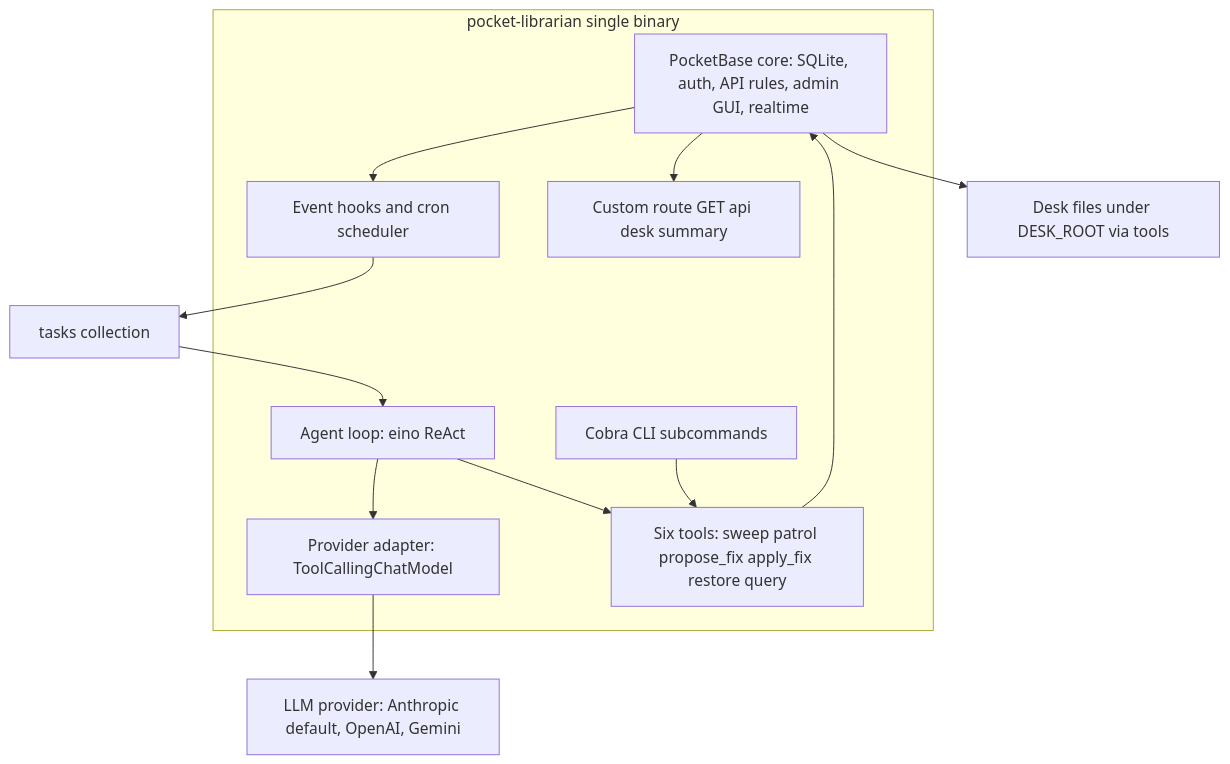
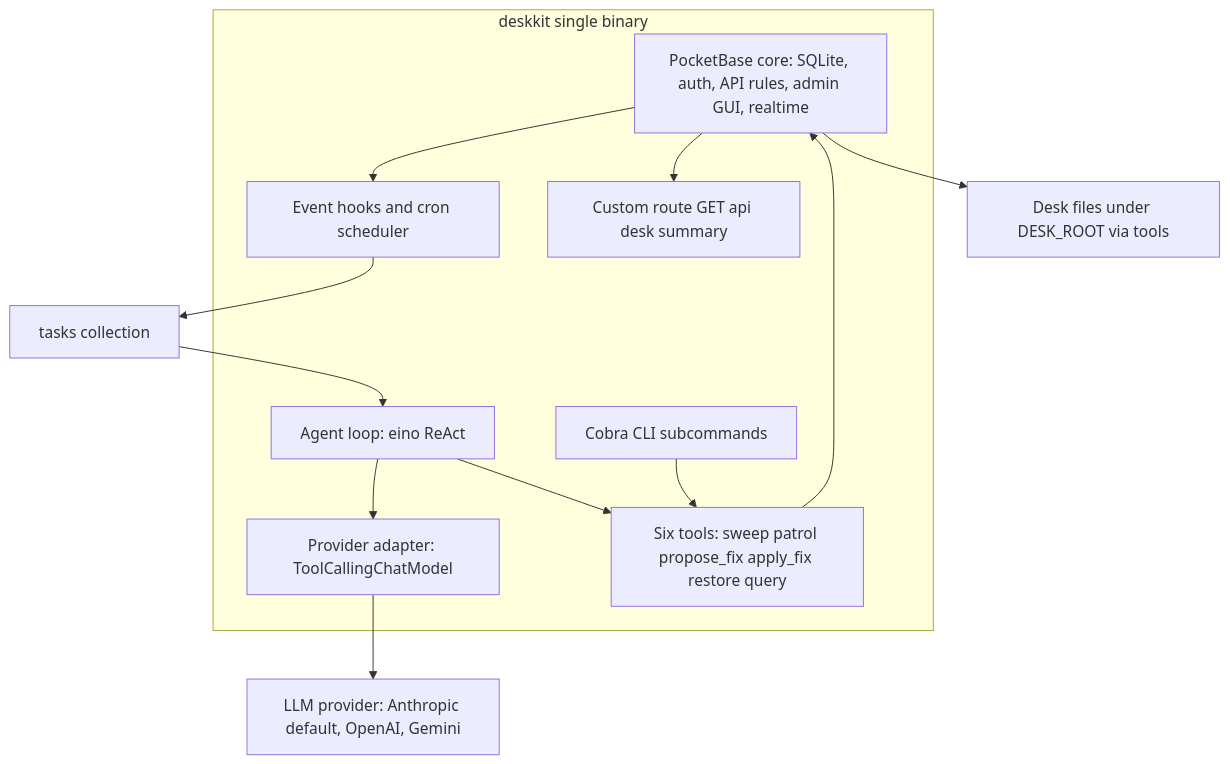
One commit to hsb3/deskkit changed the first of 2 diagrams in docs/pocket-librarian-v1-spec.md. Above: the diagram before and after it, drawn with Mermaid. The commit also changed other lines of this file and 3 other files, not shown here.

````diff
--- a/docs/pocket-librarian-v1-spec.md
+++ b/docs/pocket-librarian-v1-spec.md
@@ -112,22 +112,22 @@
 ```mermaid
 graph TD
-    subgraph Binary [pocket-librarian single binary]
+    subgraph Binary [deskkit single binary]
         PB[PocketBase core: SQLite, auth, API rules, admin GUI, realtime]
         Hooks[Event hooks and cron scheduler]
         Route[Custom route GET api desk summary]
         Agent[Agent loop: eino ReAct]
         Adapter[Provider adapter: ToolCallingChatModel]
         Tools[Six tools: sweep patrol propose_fix apply_fix restore query]
         CLI[Cobra CLI subcommands]
     end
     PB --> Hooks
     PB --> Route
     Hooks --> Queue[tasks collection]
     Queue --> Agent
     Agent --> Adapter
     Agent --> Tools
     Tools --> PB
     Adapter --> LLM[LLM provider: Anthropic default, OpenAI, Gemini]
     CLI --> Tools
     PB --> FS[Desk files under DESK_ROOT via tools]
 ```
````
